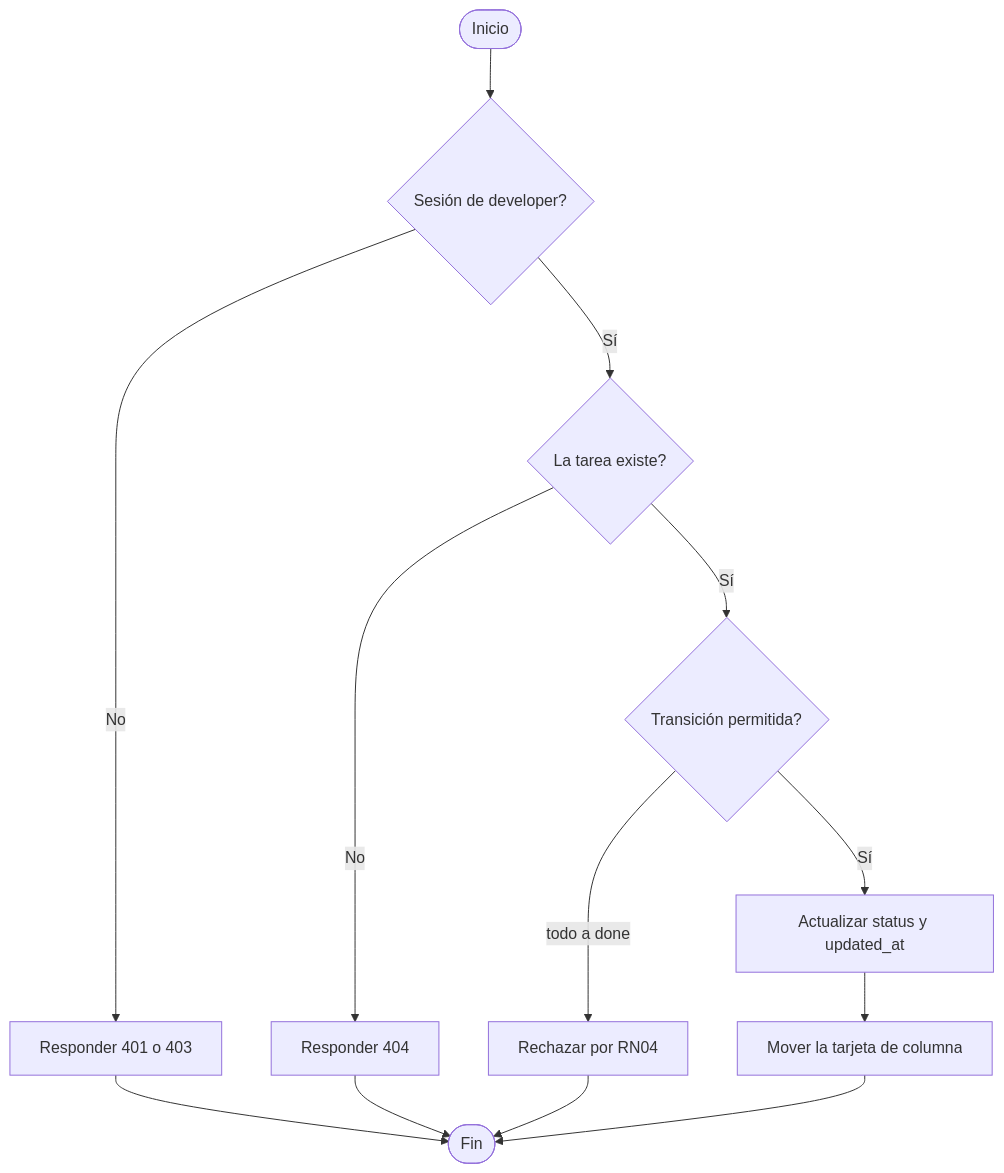
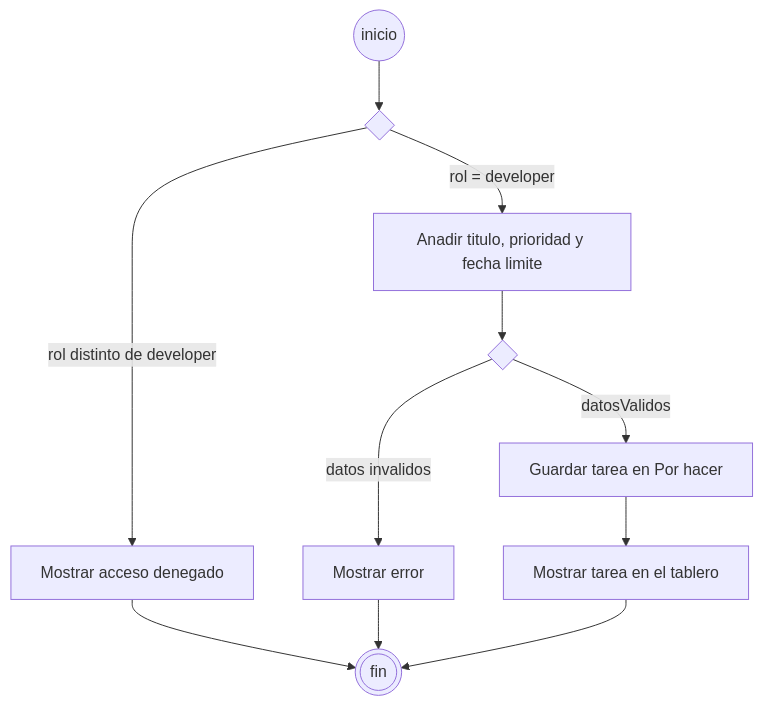
Before and after one commit to moisescb123/TaskFlowDevops: the seventh of 12 diagrams in README.md, drawn with Mermaid. The commit also changed other lines of this file, not shown here.

First line of the commit message:
docs: align README system models with week-5 UML notation.

````diff
--- a/README.md
+++ b/README.md
@@ -250,15 +199,13 @@
 ```mermaid
 flowchart TD
-  inicio([Inicio]) --> sesion{Sesión de developer?}
-  sesion -->|No| denegado[Responder 401 o 403]
-  sesion -->|Sí| existe{La tarea existe?}
-  existe -->|No| e404[Responder 404]
-  existe -->|Sí| salto{Transición permitida?}
-  salto -->|todo a done| e400[Rechazar por RN04]
-  salto -->|Sí| actualizar[Actualizar status y updated_at]
-  actualizar --> ok[Mover la tarjeta de columna]
-  denegado --> fin([Fin])
-  e404 --> fin
-  e400 --> fin
-  ok --> fin
+  inicio((inicio)) --> rol{ }
+  rol -->|rol = developer| datos[Anadir titulo, prioridad y fecha limite]
+  rol -->|rol distinto de developer| denegado[Mostrar acceso denegado]
+  datos --> valid{ }
+  valid -->|datosValidos| guardar[Guardar tarea en Por hacer]
+  valid -->|datos invalidos| error[Mostrar error]
+  guardar --> tablero[Mostrar tarea en el tablero]
+  denegado --> fin(((fin)))
+  error --> fin
+  tablero --> fin
 ```
````
